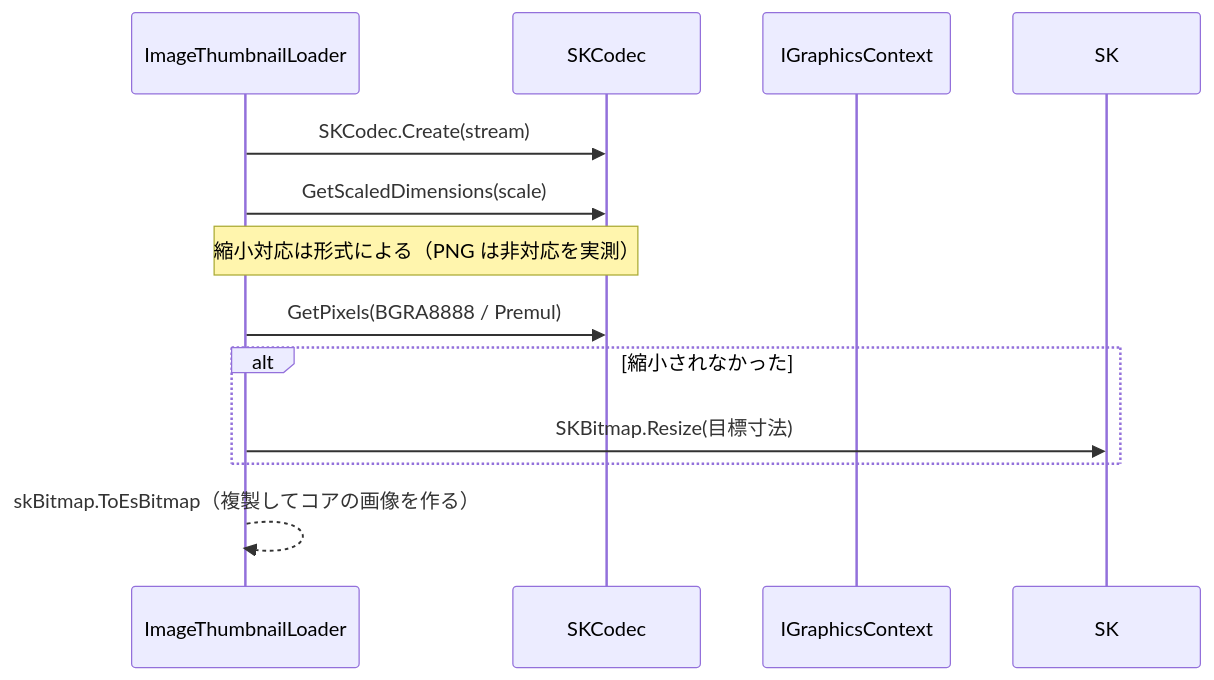
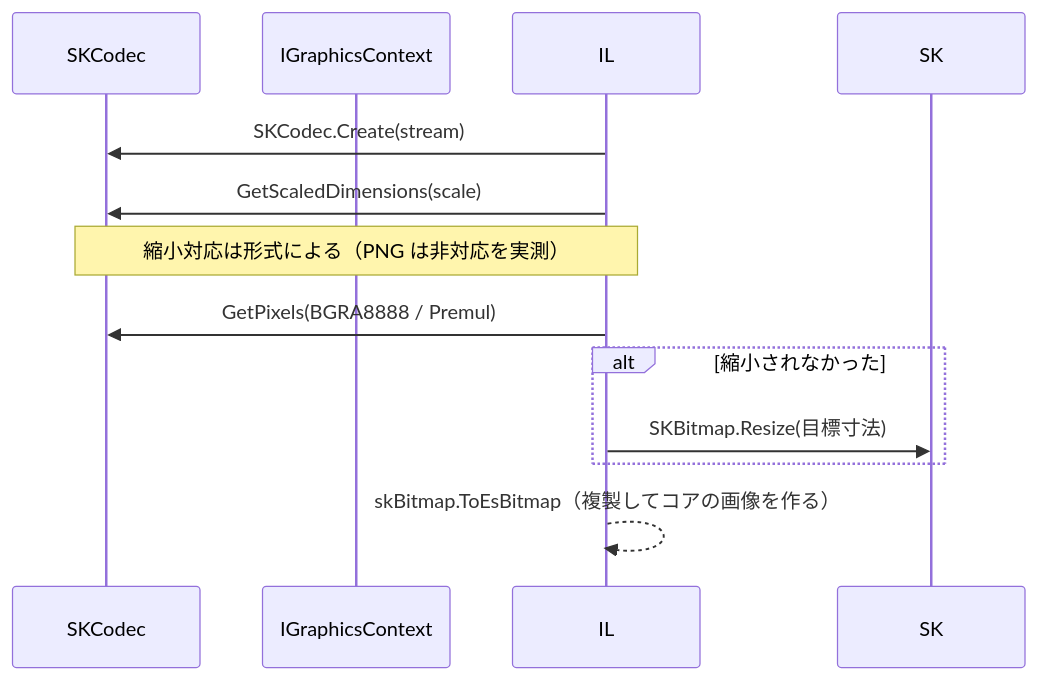
Before and after one commit to tomokuni/SaveEvidence: the sixth of 12 diagrams in src/App.MewUI/docs/SPEC_System.md, drawn with Mermaid. The commit also changed other lines of this file and 7 other files, not shown here.

````diff
--- a/src/App.MewUI/docs/SPEC_System.md
+++ b/src/App.MewUI/docs/SPEC_System.md
@@ -452,15 +445,14 @@
 ```mermaid
 sequenceDiagram
-    participant IL as ImageThumbnailLoader
     participant CO as SKCodec
     participant GF as IGraphicsContext
 
     IL->>CO: SKCodec.Create(stream)
     IL->>CO: GetScaledDimensions(scale)
     Note over IL,CO: 縮小対応は形式による（PNG は非対応を実測）
     IL->>CO: GetPixels(BGRA8888 / Premul)
     alt 縮小されなかった
         IL->>SK: SKBitmap.Resize(目標寸法)
     end
     IL-->>IL: skBitmap.ToEsBitmap（複製してコアの画像を作る）
 ```
````
